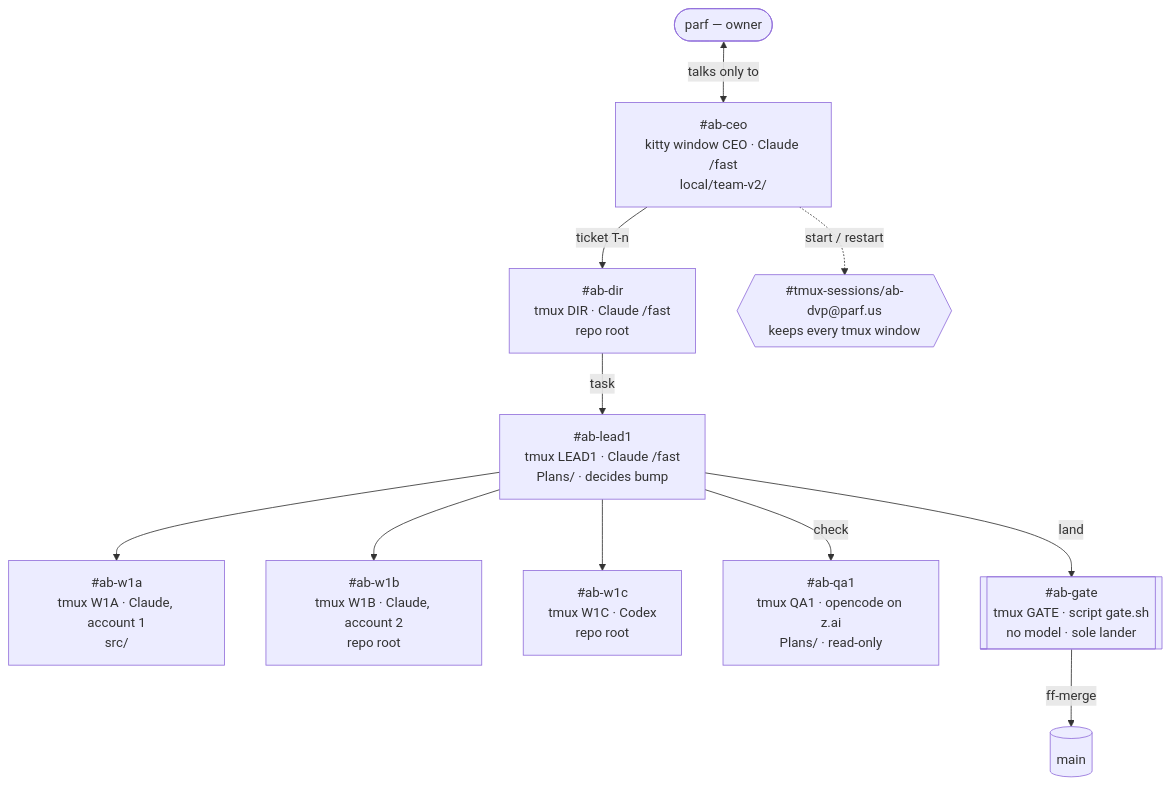
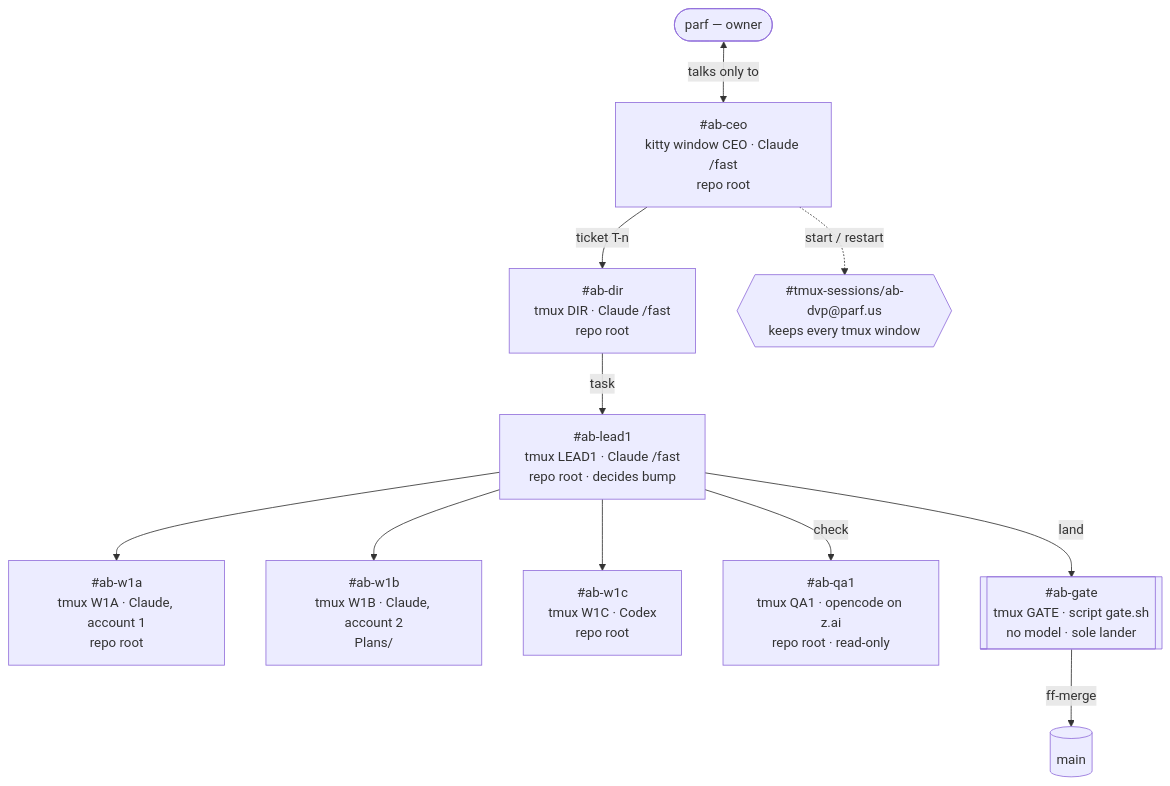
The first of 2 diagrams in Plans/Team.v2/README.md (parf/ai-agent-bus), drawn with Mermaid before and after one commit. The commit also changed other lines of this file, not shown here.

Commit message:
Team v2 runs account 1 sessions in the repository root and account 2 in Plans

````diff
--- a/Plans/Team.v2/README.md
+++ b/Plans/Team.v2/README.md
@@ -26,22 +26,22 @@
 ```mermaid
 flowchart TD
   parf(["parf — owner"]) <-->|talks only to| ceo
-  ceo["#ab-ceo<br/>kitty window CEO · Claude /fast<br/>local/team-v2/"]
+  ceo["#ab-ceo<br/>kitty window CEO · Claude /fast<br/>repo root"]
   dir["#ab-dir<br/>tmux DIR · Claude /fast<br/>repo root"]
-  lead["#ab-lead1<br/>tmux LEAD1 · Claude /fast<br/>Plans/ · decides bump"]
-  w1a["#ab-w1a<br/>tmux W1A · Claude, account 1<br/>src/"]
-  w1b["#ab-w1b<br/>tmux W1B · Claude, account 2<br/>repo root"]
+  lead["#ab-lead1<br/>tmux LEAD1 · Claude /fast<br/>repo root · decides bump"]
+  w1a["#ab-w1a<br/>tmux W1A · Claude, account 1<br/>repo root"]
+  w1b["#ab-w1b<br/>tmux W1B · Claude, account 2<br/>Plans/"]
   w1c["#ab-w1c<br/>tmux W1C · Codex<br/>repo root"]
-  qa["#ab-qa1<br/>tmux QA1 · opencode on z.ai<br/>Plans/ · read-only"]
+  qa["#ab-qa1<br/>tmux QA1 · opencode on z.ai<br/>repo root · read-only"]
   gate[["#ab-gate<br/>tmux GATE · script gate.sh<br/>no model · sole lander"]]
   main[("main")]
   keeper{{"#tmux-sessions/ab-dvp@parf.us<br/>keeps every tmux window"}}
 
   ceo -->|ticket T-n| dir
   dir -->|task| lead
   lead --> w1a & w1b & w1c
   lead -->|check| qa
   lead -->|land| gate
   gate -->|ff-merge| main
   ceo -.->|start / restart| keeper
 ```
````
